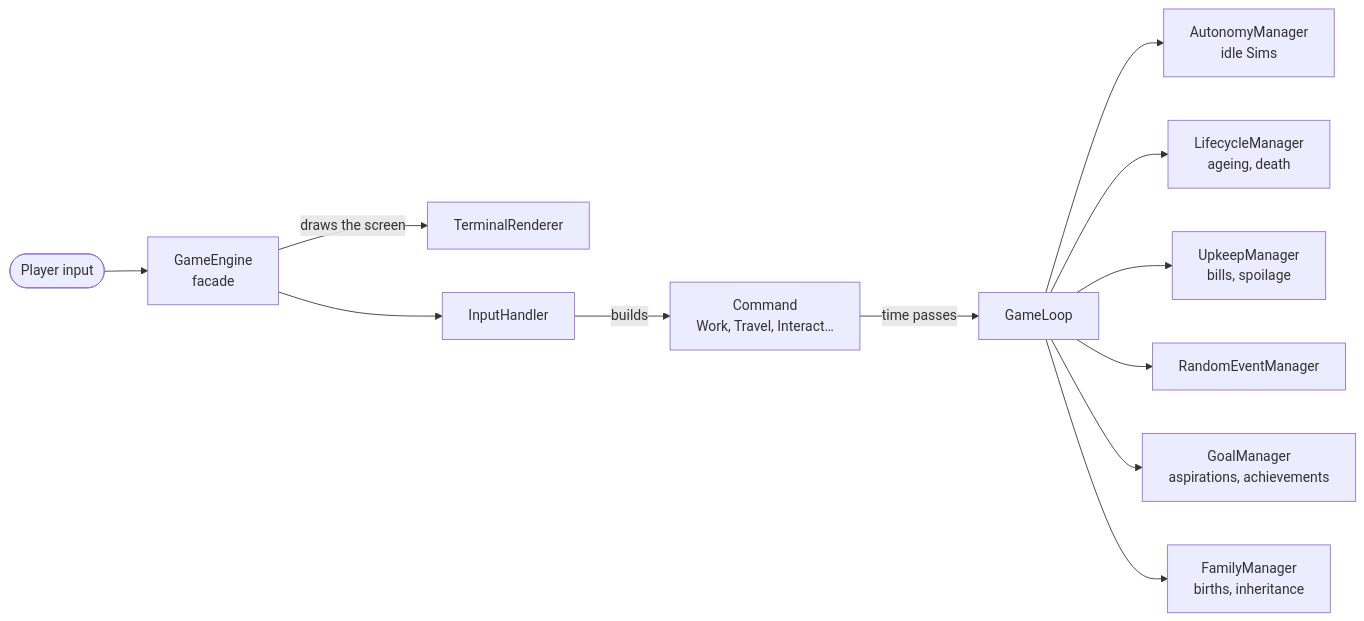
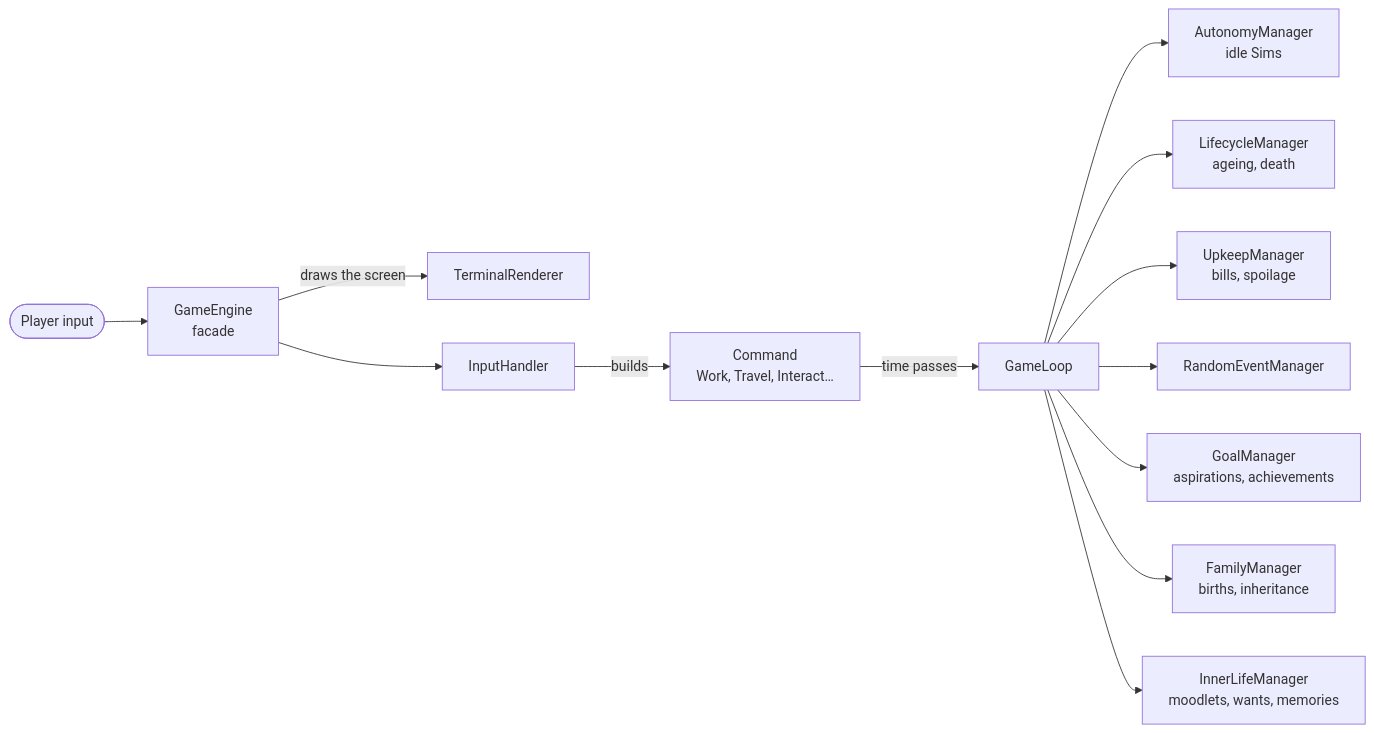
The diagram in README.md (BlackberryDealer/Sims-CLI-game), drawn with Mermaid before and after one commit. The commit also changed other lines of this file and 26 other files, not shown here.

First line of the commit message:
Add inner life: moodlets, daily wants and fears, rewards and memories

````diff
--- a/README.md
+++ b/README.md
@@ -308,14 +354,15 @@
 ```mermaid
 flowchart LR
     Player([Player input]) --> GE[GameEngine<br/>facade]
     GE -->|draws the screen| R[TerminalRenderer]
     GE --> IH[InputHandler]
     IH -->|builds| CMD[Command<br/>Work, Travel, Interact…]
     CMD -->|time passes| GL[GameLoop]
     GL --> AM[AutonomyManager<br/>idle Sims]
     GL --> LM[LifecycleManager<br/>ageing, death]
     GL --> UM[UpkeepManager<br/>bills, spoilage]
     GL --> REM[RandomEventManager]
     GL --> GM[GoalManager<br/>aspirations, achievements]
     GL --> FM[FamilyManager<br/>births, inheritance]
+    GL --> ILM[InnerLifeManager<br/>moodlets, wants, memories]
 ```
````
